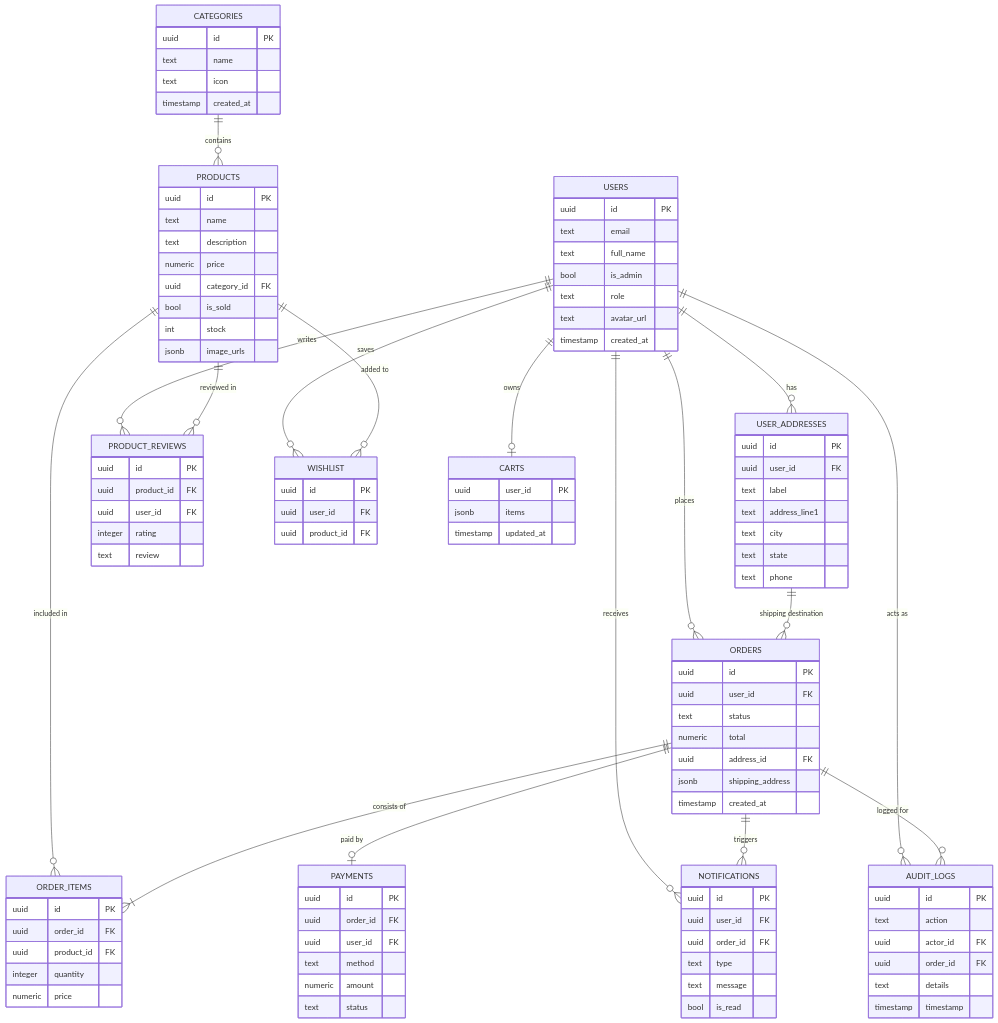
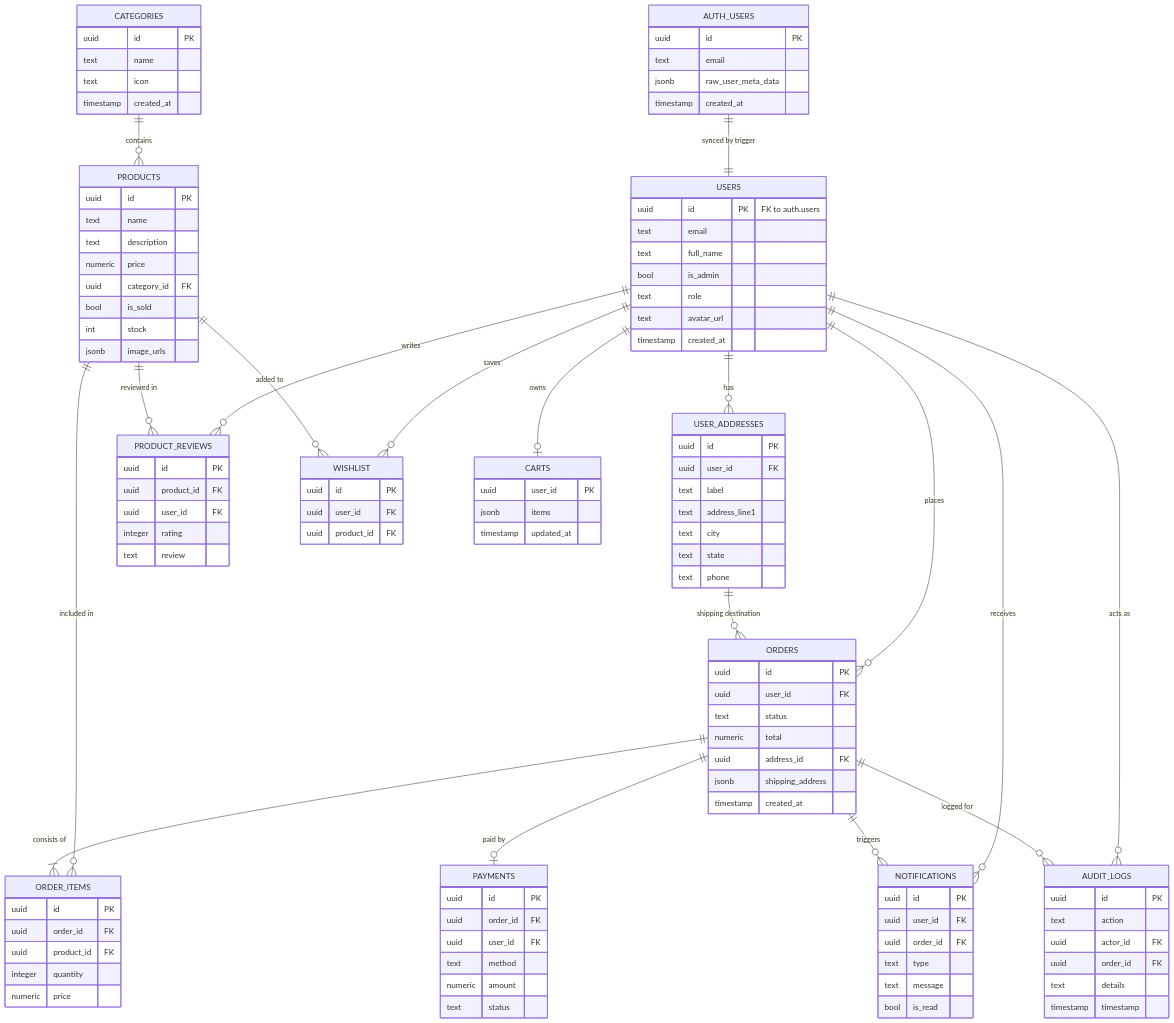
One commit to meleseabrham/E-Commerce-App changed the diagram in README.md. Above: the diagram before and after it, drawn with Mermaid. The commit also changed other lines of this file, not shown here.

Commit message:
docs: update ERD with AUTH_USERS trigger and handle_new_user SQL

````diff
--- a/README.md
+++ b/README.md
@@ -43,27 +43,35 @@
 ```mermaid
 erDiagram
+    AUTH_USERS ||--|| USERS : "synced by trigger"
     USERS ||--o{ ORDERS : "places"
     USERS ||--o{ USER_ADDRESSES : "has"
     USERS ||--o{ NOTIFICATIONS : "receives"
     USERS ||--o{ PRODUCT_REVIEWS : "writes"
     USERS ||--o{ WISHLIST : "saves"
     USERS ||--o| CARTS : "owns"
-    
+
     CATEGORIES ||--o{ PRODUCTS : "contains"
     PRODUCTS ||--o{ ORDER_ITEMS : "included in"
     PRODUCTS ||--o{ WISHLIST : "added to"
     PRODUCTS ||--o{ PRODUCT_REVIEWS : "reviewed in"
-    
+
     ORDERS ||--|{ ORDER_ITEMS : "consists of"
     ORDERS ||--o| PAYMENTS : "paid by"
     ORDERS ||--o{ NOTIFICATIONS : "triggers"
     USER_ADDRESSES ||--o{ ORDERS : "shipping destination"
-    
+
     USERS ||--o{ AUDIT_LOGS : "acts as"
     ORDERS ||--o{ AUDIT_LOGS : "logged for"
 
+    AUTH_USERS {
+        uuid id PK
+        text email
+        jsonb raw_user_meta_data
+        timestamp created_at
+    }
+
     USERS {
-        uuid id PK
+        uuid id PK "FK to auth.users"
         text email
         text full_name
         bool is_admin
````
